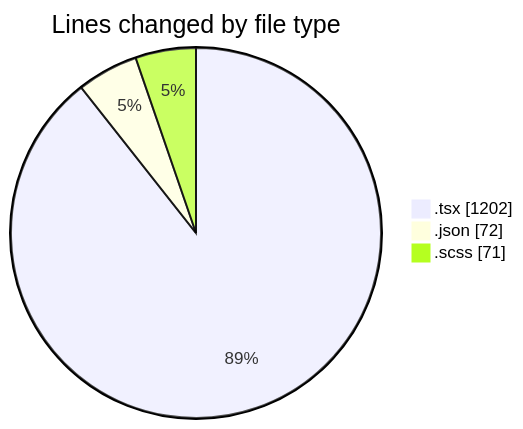
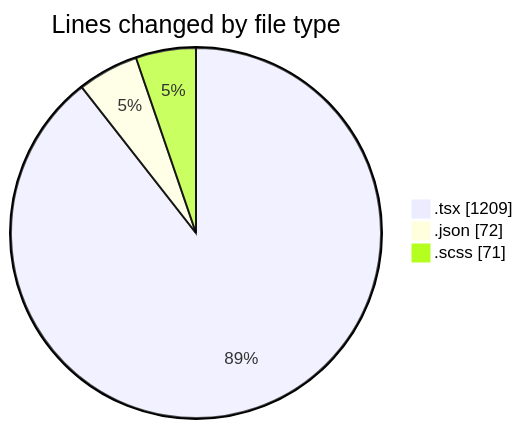
Before and after one commit to momahboobian/code-tracking: the first of 2 diagrams in 2026-11-11/cda/README.md, drawn with Mermaid. The commit also changed other lines of this file and 1 other file, not shown here.

````diff
--- a/2026-11-11/cda/README.md
+++ b/2026-11-11/cda/README.md
@@ -26,7 +26,7 @@
 ```mermaid
 pie showData
 title Lines changed by file type
-".tsx" : 1202
+".tsx" : 1209
 ".json" : 72
 ".scss" : 71
 ```
````
